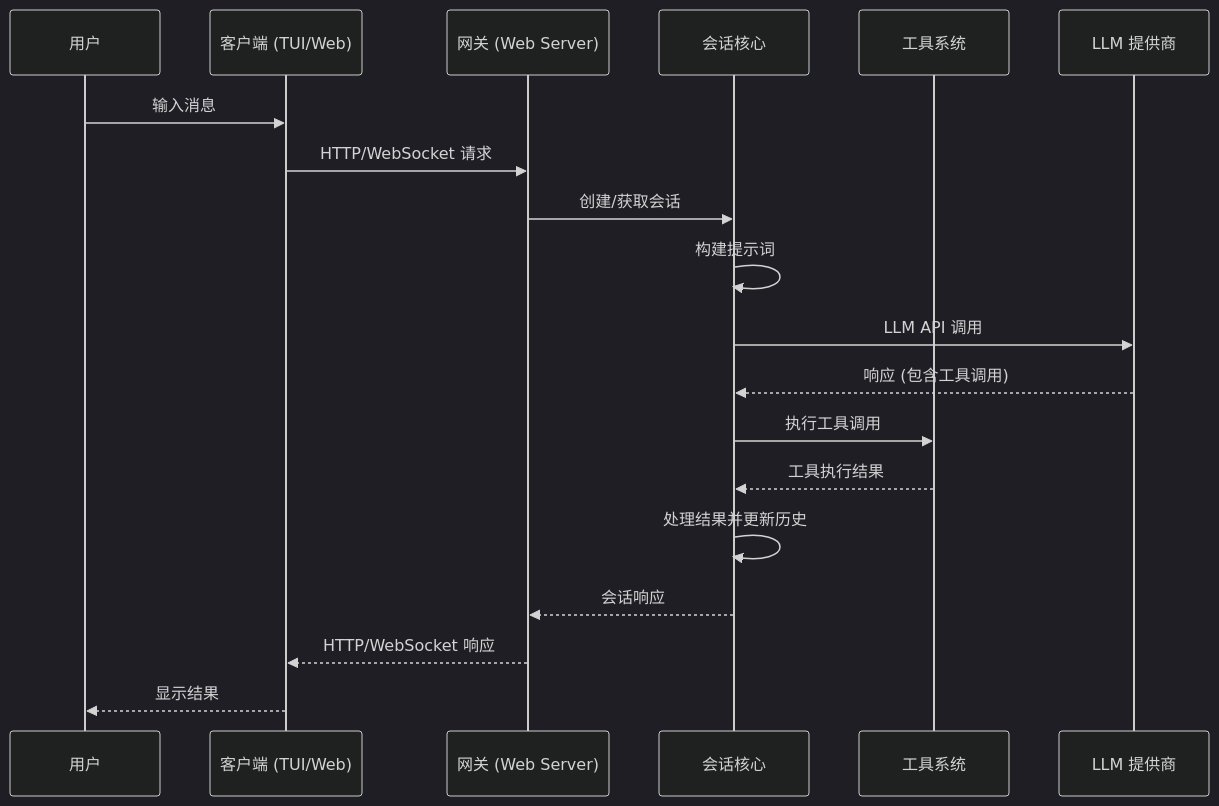
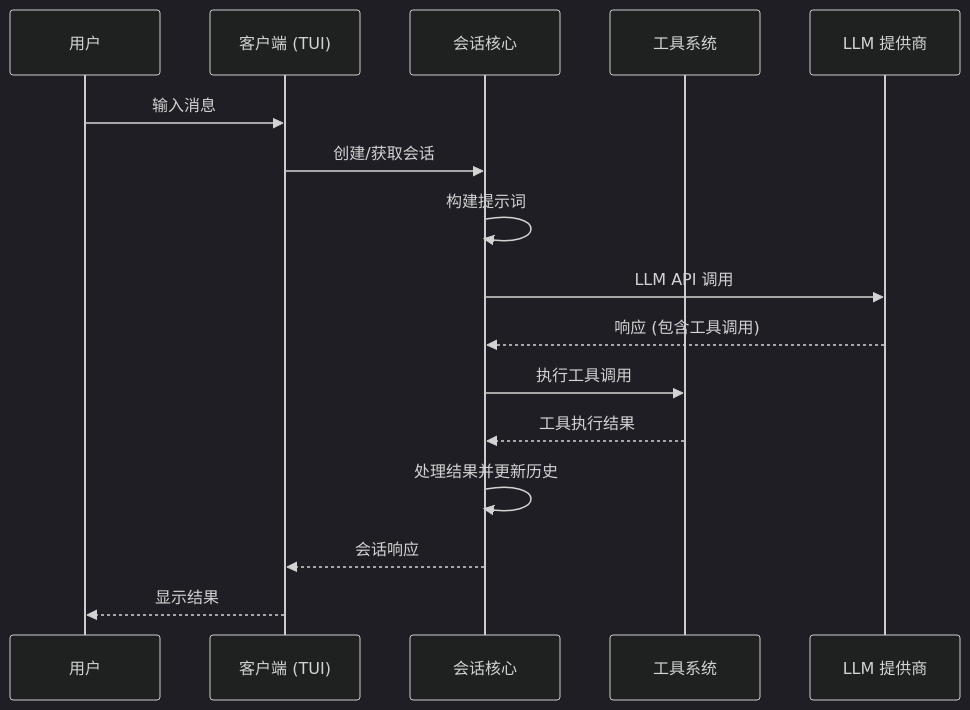
The first of 2 diagrams in docs/memo-architecture-design.md (minorcell/memo-code), drawn with Mermaid (dark theme) before and after one commit. The commit also changed other lines of this file and 145 other files, not shown here.

Commit message:
chore: remove web runtime packages (web-ui, web-server, memo web command)

````diff
--- a/docs/memo-architecture-design.md
+++ b/docs/memo-architecture-design.md
@@ -250,22 +178,19 @@
 ```mermaid
 sequenceDiagram
     participant U as 用户
-    participant C as 客户端 (TUI/Web)
-    participant G as 网关 (Web Server)
+    participant C as 客户端 (TUI)
     participant S as 会话核心
     participant T as 工具系统
     participant L as LLM 提供商
 
     U->>C: 输入消息
-    C->>G: HTTP/WebSocket 请求
-    G->>S: 创建/获取会话
+    C->>S: 创建/获取会话
     S->>S: 构建提示词
     S->>L: LLM API 调用
     L-->>S: 响应 (包含工具调用)
     S->>T: 执行工具调用
     T-->>S: 工具执行结果
     S->>S: 处理结果并更新历史
-    S-->>G: 会话响应
-    G-->>C: HTTP/WebSocket 响应
+    S-->>C: 会话响应
     C-->>U: 显示结果
 ```
````
